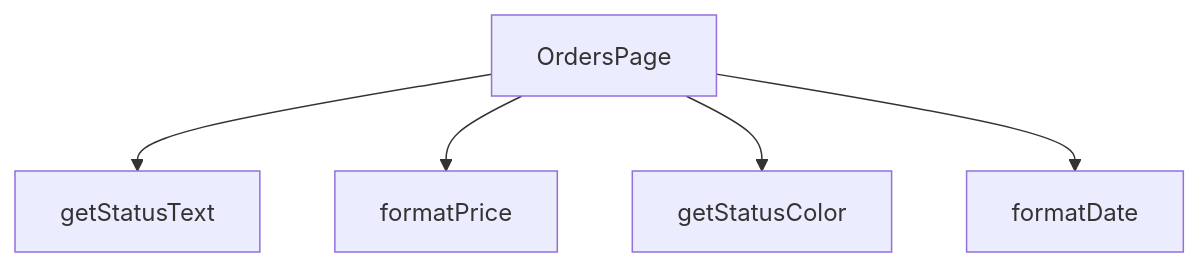
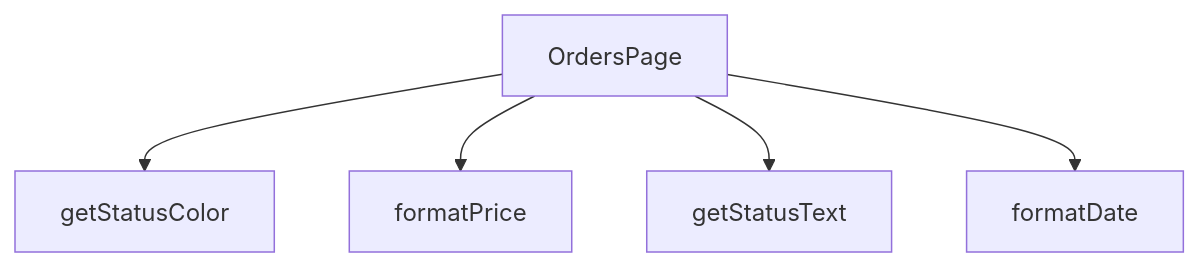
Before and after one commit to peckop/venthub-hvac-esite: the diagram in src/views/OrdersPage.md, drawn with Mermaid. The commit also changed other lines of this file and 488 other files, not shown here.

````diff
--- a/src/views/OrdersPage.md
+++ b/src/views/OrdersPage.md
@@ -235,12 +235,12 @@
 ```mermaid
 graph TD
     OrdersPage_tsx__OrdersPage["OrdersPage"]
     OrdersPage_tsx__formatDate["formatDate"]
     OrdersPage_tsx__formatPrice["formatPrice"]
     OrdersPage_tsx__getStatusColor["getStatusColor"]
     OrdersPage_tsx__getStatusText["getStatusText"]
+    OrdersPage_tsx__OrdersPage --> OrdersPage_tsx__getStatusColor
+    OrdersPage_tsx__OrdersPage --> OrdersPage_tsx__formatPrice
     OrdersPage_tsx__OrdersPage --> OrdersPage_tsx__getStatusText
-    OrdersPage_tsx__OrdersPage --> OrdersPage_tsx__formatPrice
-    OrdersPage_tsx__OrdersPage --> OrdersPage_tsx__getStatusColor
     OrdersPage_tsx__OrdersPage --> OrdersPage_tsx__formatDate
 ```
````
